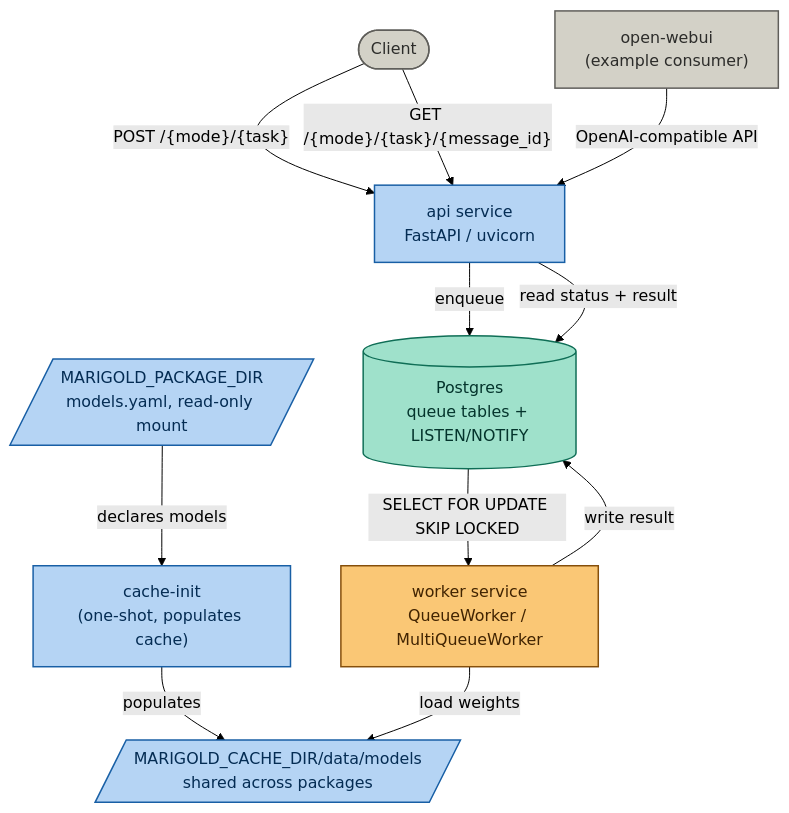
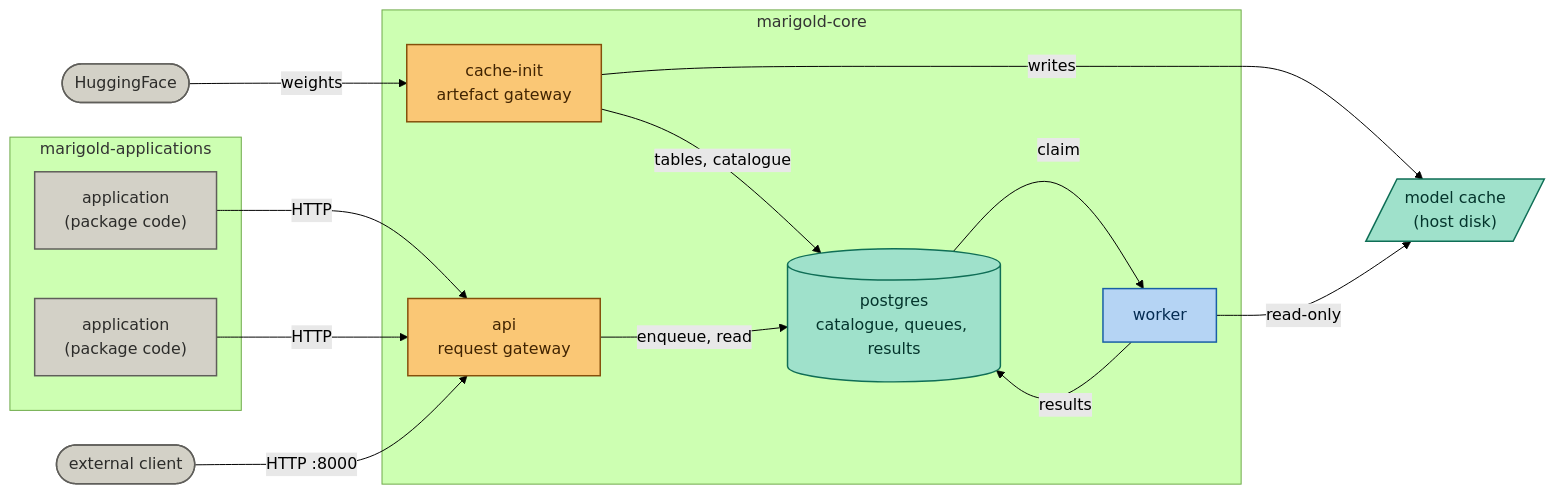
Before and after one commit to bayinfosys/marigold: the first of 2 diagrams in README.md, drawn with Mermaid (forest theme). The commit also changed other lines of this file and 28 other files, not shown here.

````diff
--- a/README.md
+++ b/README.md
@@ -124,28 +138,34 @@
 ```mermaid
-flowchart TD
+flowchart LR
+    classDef gw  fill:#FAC775,stroke:#854F0B,color:#412402,stroke-width:1.5px
     classDef svc fill:#B5D4F4,stroke:#185FA5,color:#042C53,stroke-width:1.5px
-    classDef cp  fill:#FAC775,stroke:#854F0B,color:#412402,stroke-width:1.5px
-    classDef cli fill:#D3D1C7,stroke:#5F5E5A,color:#2C2C2A,stroke-width:1.5px
-    classDef q   fill:#9FE1CB,stroke:#0F6E56,color:#04342C,stroke-width:1.5px
+    classDef app fill:#D3D1C7,stroke:#5F5E5A,color:#2C2C2A,stroke-width:1.5px
+    classDef st  fill:#9FE1CB,stroke:#0F6E56,color:#04342C,stroke-width:1.5px
 
-    CLI([Client]):::cli
-    WEBUI["open-webui\n(example consumer)"]:::cli
+    HF([HuggingFace]):::app
+    CLIENT([external client]):::app
 
-    PKG[/"MARIGOLD_PACKAGE_DIR\nmodels.yaml, read-only mount"/]:::svc
-    INIT["cache-init\n(one-shot, populates cache)"]:::svc
-    API["api service\nFastAPI / uvicorn"]:::svc
-    PG[("Postgres\nqueue tables + LISTEN/NOTIFY")]:::q
-    WRK["worker service\nQueueWorker / MultiQueueWorker"]:::cp
-    CACHE[/"MARIGOLD_CACHE_DIR/data/models\nshared across packages"/]:::svc
+    subgraph APPS[marigold-applications]
+        APP1["application\n(package code)"]:::app
+        APP2["application\n(package code)"]:::app
+    end
 
-    PKG -->|declares models| INIT
-    INIT -->|populates| CACHE
-    CLI -->|"POST /{mode}/{task}"| API
-    WEBUI -->|"OpenAI-compatible API"| API
-    API -->|enqueue| PG
-    PG -->|"SELECT FOR UPDATE SKIP LOCKED"| WRK
-    WRK -->|load weights| CACHE
-    WRK -->|write result| PG
-    CLI -->|"GET /{mode}/{task}/{message_id}"| API
-    API -->|read status + result| PG
+    subgraph CORE[marigold-core]
+        CACHE["cache-init\nartefact gateway"]:::gw
+        API["api\nrequest gateway"]:::gw
+        PG[("postgres\ncatalogue, queues, results")]:::st
+        WRK["worker"]:::svc
+    end
+
+    DISK[/"model cache\n(host disk)"/]:::st
+
+    HF -->|weights| CACHE
+    CACHE -->|writes| DISK
+    CACHE -->|tables, catalogue| PG
+    APP1 & APP2 -->|HTTP| API
+    CLIENT -->|HTTP :8000| API
+    API -->|enqueue, read| PG
+    PG -->|claim| WRK
+    WRK -->|read-only| DISK
+    WRK -->|results| PG
 ```
````
